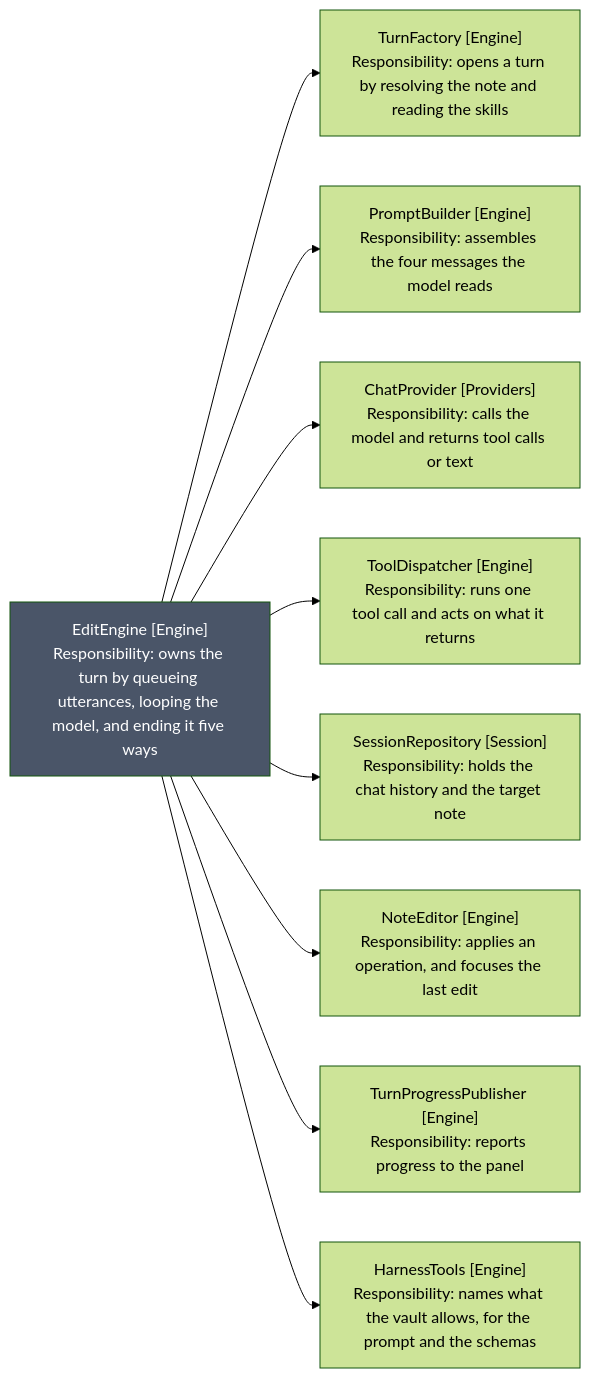
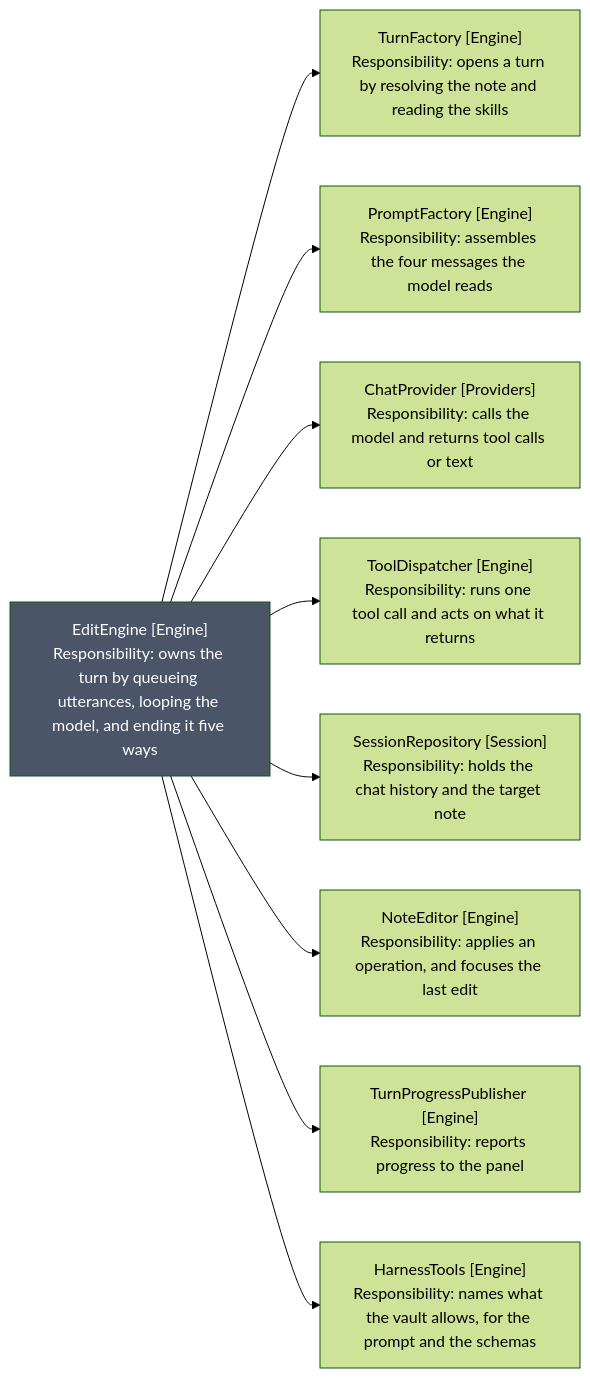
One commit to iparips/obsidian-owl changed the first of 2 diagrams in docs/spec/16-oversized-files/4-edit-engine/3-diagrams.md. Above: the diagram before and after it, drawn with Mermaid (forest theme). The commit also changed other lines of this file and 26 other files, not shown here.

````diff
--- a/docs/spec/16-oversized-files/4-edit-engine/3-diagrams.md
+++ b/docs/spec/16-oversized-files/4-edit-engine/3-diagrams.md
@@ -5,24 +5,24 @@
 ```mermaid
 flowchart LR
     EditEngine["EditEngine [Engine]<br/>Responsibility: owns the turn by queueing utterances, looping the model, and ending it five ways"]
     TurnFactory["TurnFactory [Engine]<br/>Responsibility: opens a turn by resolving the note and reading the skills"]
-    PromptBuilder["PromptBuilder [Engine]<br/>Responsibility: assembles the four messages the model reads"]
+    PromptFactory["PromptFactory [Engine]<br/>Responsibility: assembles the four messages the model reads"]
     ChatProvider["ChatProvider [Providers]<br/>Responsibility: calls the model and returns tool calls or text"]
     ToolDispatcher["ToolDispatcher [Engine]<br/>Responsibility: runs one tool call and acts on what it returns"]
     SessionRepository["SessionRepository [Session]<br/>Responsibility: holds the chat history and the target note"]
     NoteEditor["NoteEditor [Engine]<br/>Responsibility: applies an operation, and focuses the last edit"]
     Publisher["TurnProgressPublisher [Engine]<br/>Responsibility: reports progress to the panel"]
     HarnessTools["HarnessTools [Engine]<br/>Responsibility: names what the vault allows, for the prompt and the schemas"]
 
     EditEngine --> TurnFactory
-    EditEngine --> PromptBuilder
+    EditEngine --> PromptFactory
     EditEngine --> ChatProvider
     EditEngine --> ToolDispatcher
     EditEngine --> SessionRepository
     EditEngine --> NoteEditor
     EditEngine --> Publisher
     EditEngine --> HarnessTools
 
     classDef wide fill:#4a5568,color:#fff
     class EditEngine wide
 ```
````
